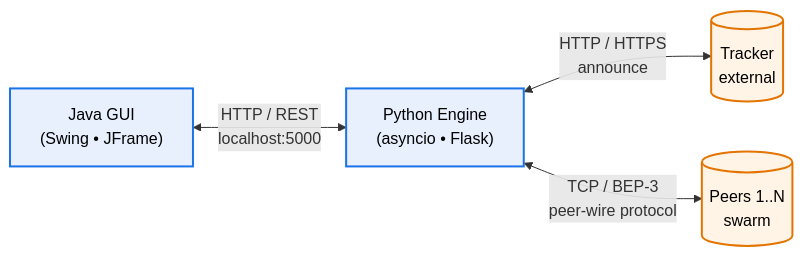
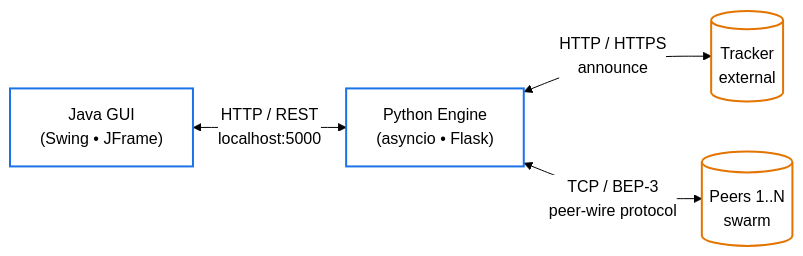
The first of 2 diagrams in docs/Fig-02.md (Adamzvulun/Project_Gal), drawn with Mermaid before and after one commit. The commit also changed other lines of this file, not shown here.

First line of the commit message:
docs(Fig-02): white background + export instructions

````diff
--- a/docs/Fig-02.md
+++ b/docs/Fig-02.md
@@ -10,16 +10,17 @@
 ```mermaid
+%%{init: {'theme':'base', 'themeVariables': {'background':'#FFFFFF', 'primaryColor':'#FFFFFF', 'primaryBorderColor':'#000000', 'primaryTextColor':'#000000', 'lineColor':'#000000', 'edgeLabelBackground':'#FFFFFF', 'tertiaryColor':'#FFFFFF'}}}%%
 flowchart LR
     GUI["Java GUI<br/>(Swing • JFrame)"]
     ENG["Python Engine<br/>(asyncio • Flask)"]
     TRK[("Tracker<br/>external")]
     PEERS[("Peers 1..N<br/>swarm")]
 
     GUI <-->|"HTTP / REST<br/>localhost:5000"| ENG
     ENG <-->|"HTTP / HTTPS<br/>announce"| TRK
     ENG <-->|"TCP / BEP-3<br/>peer-wire protocol"| PEERS
 
-    classDef proc fill:#E8F0FE,stroke:#1A73E8,stroke-width:2px,color:#000;
-    classDef ext  fill:#FFF4E5,stroke:#E37400,stroke-width:2px,color:#000;
+    classDef proc fill:#FFFFFF,stroke:#1A73E8,stroke-width:2px,color:#000;
+    classDef ext  fill:#FFFFFF,stroke:#E37400,stroke-width:2px,color:#000;
     class GUI,ENG proc;
     class TRK,PEERS ext;
 ```
````
